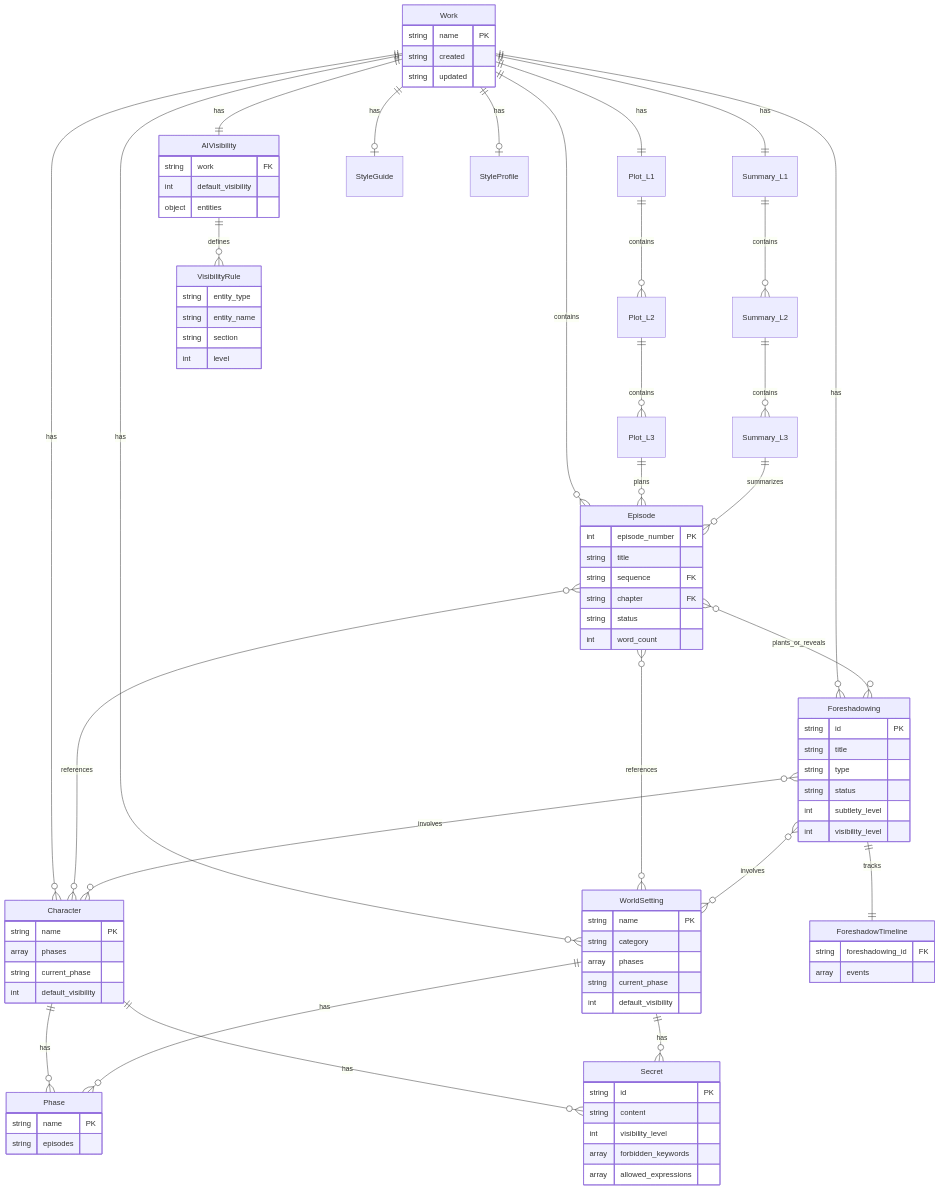
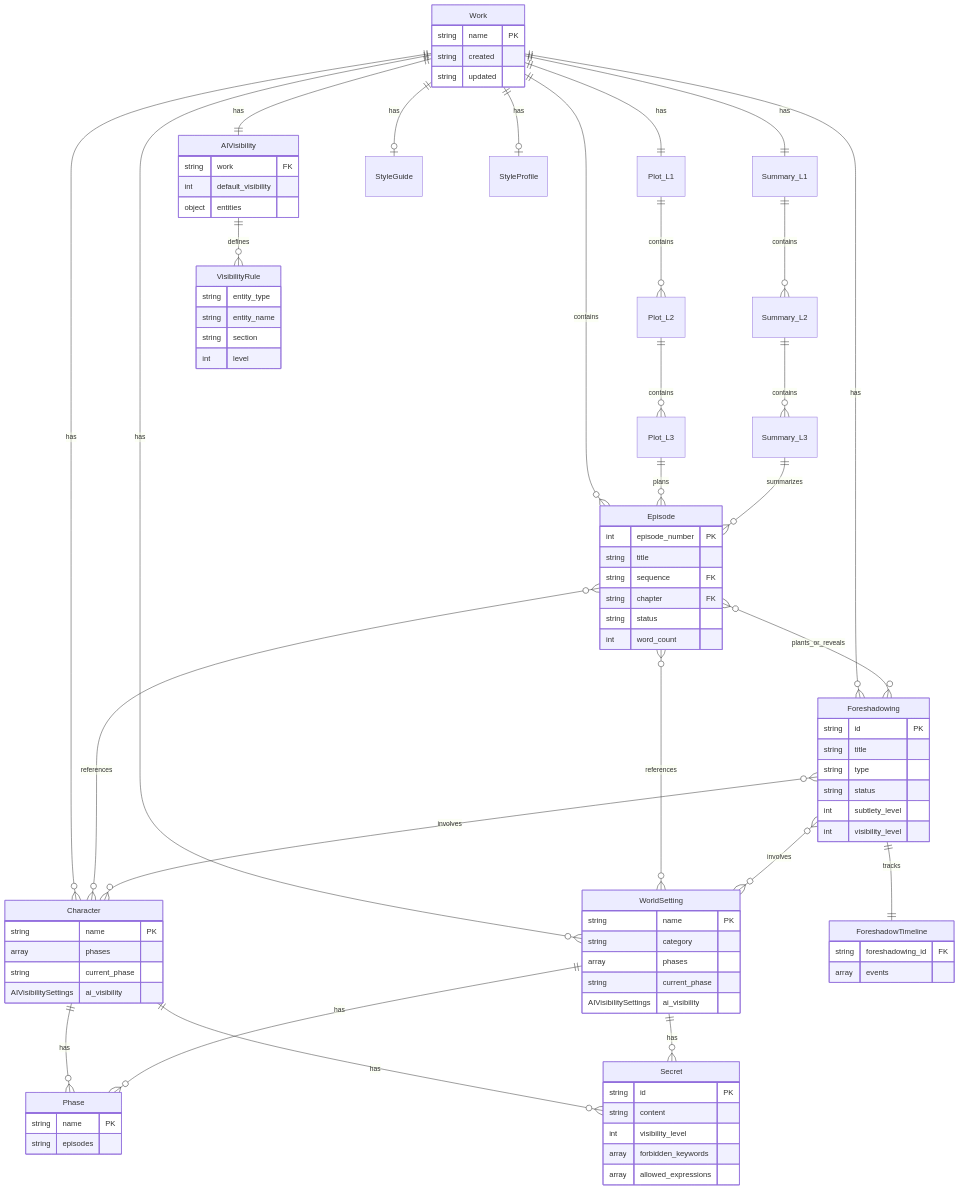
The diagram in docs/specs/novel-generator-v2/03_data-model.md (sougetuOte/Novel-Athanor-v2), drawn with Mermaid before and after one commit. The commit also changed other lines of this file and 6 other files, not shown here.

```diff
--- a/docs/specs/novel-generator-v2/03_data-model.md
+++ b/docs/specs/novel-generator-v2/03_data-model.md
@@ -79,7 +79,7 @@
         string name PK
         array phases
         string current_phase
-        int default_visibility
+        AIVisibilitySettings ai_visibility
     }
 
     WorldSetting {
@@ -87,7 +87,7 @@
         string category
         array phases
         string current_phase
-        int default_visibility
+        AIVisibilitySettings ai_visibility
     }
 
     Phase {
```
